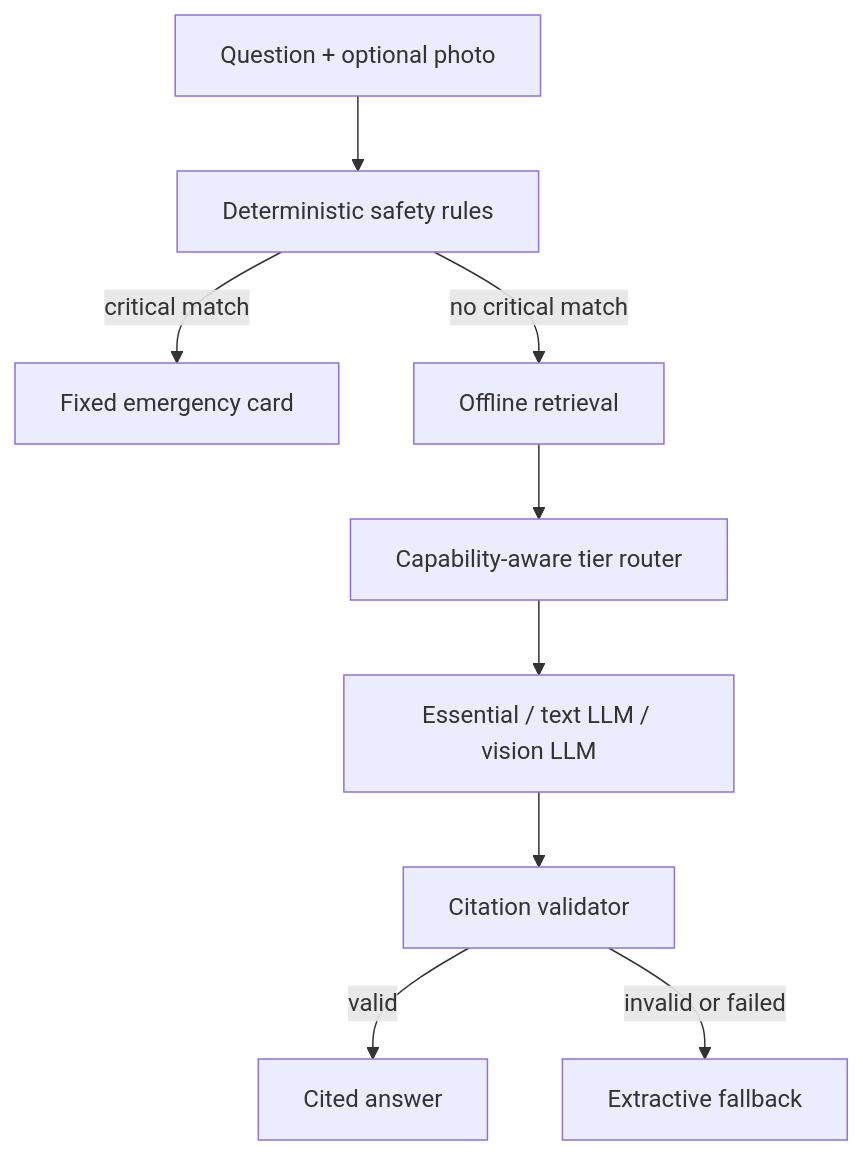
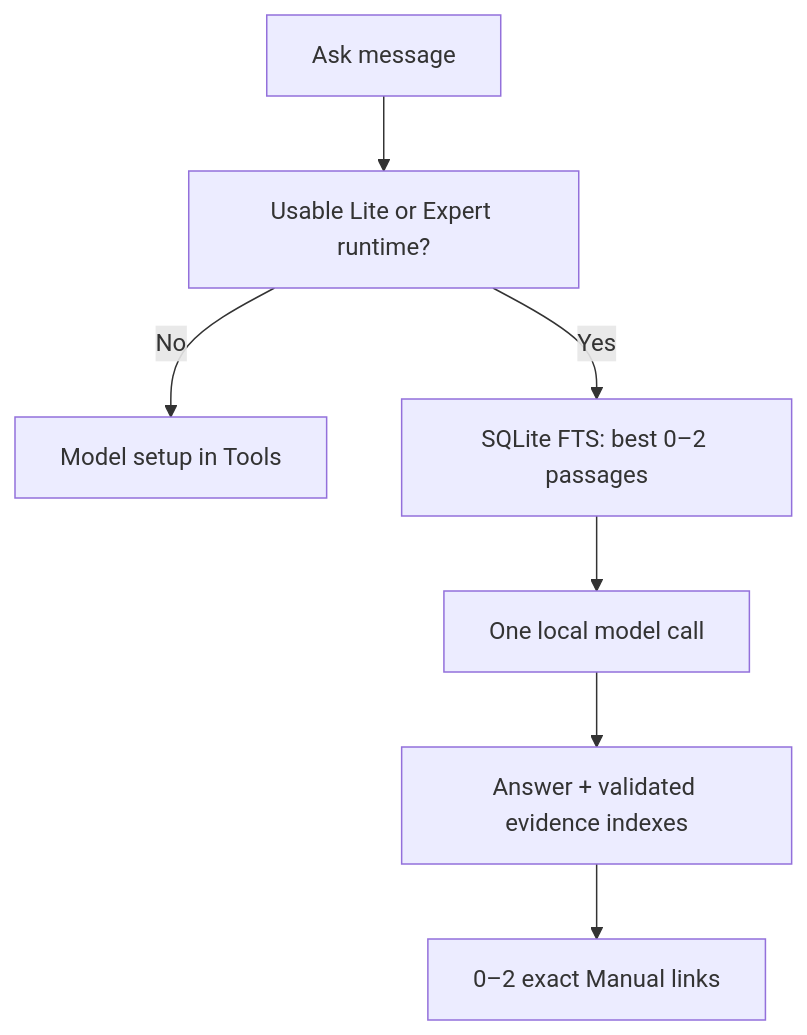
Before and after one commit to kenny2077/Aurora-Survival: the diagram in README.md, drawn with Mermaid. The commit also changed other lines of this file and 103 other files, not shown here.

````diff
--- a/README.md
+++ b/README.md
@@ -126,11 +45,9 @@
 ```mermaid
 flowchart TD
-    A["Question + optional photo"] --> B["Deterministic safety rules"]
-    B -->|critical match| C["Fixed emergency card"]
-    B -->|no critical match| D["Offline retrieval"]
-    D --> E["Capability-aware tier router"]
-    E --> F["Essential / text LLM / vision LLM"]
-    F --> G["Citation validator"]
-    G -->|valid| H["Cited answer"]
-    G -->|invalid or failed| I["Extractive fallback"]
+    A["Ask message"] --> B["Usable Lite or Expert runtime?"]
+    B -- "No" --> C["Model setup in Tools"]
+    B -- "Yes" --> D["SQLite FTS: best 0–2 passages"]
+    D --> E["One local model call"]
+    E --> F["Answer + validated evidence indexes"]
+    F --> G["0–2 exact Manual links"]
 ```
````
